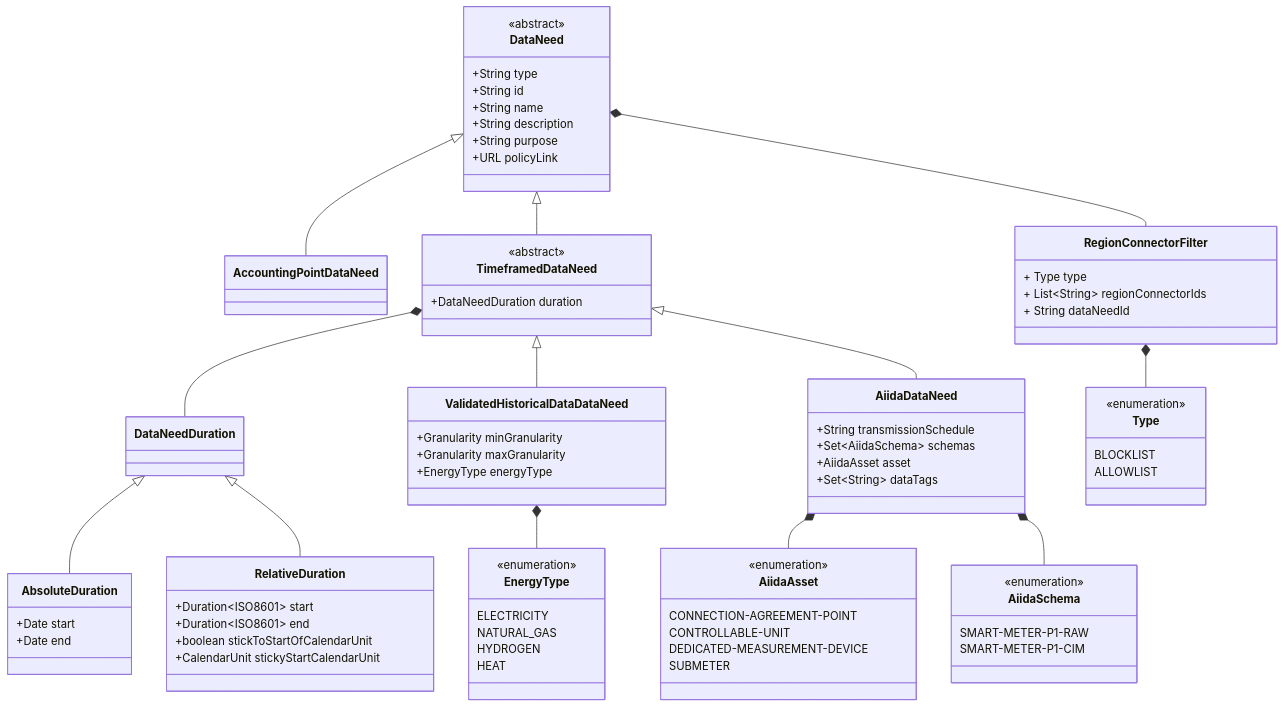
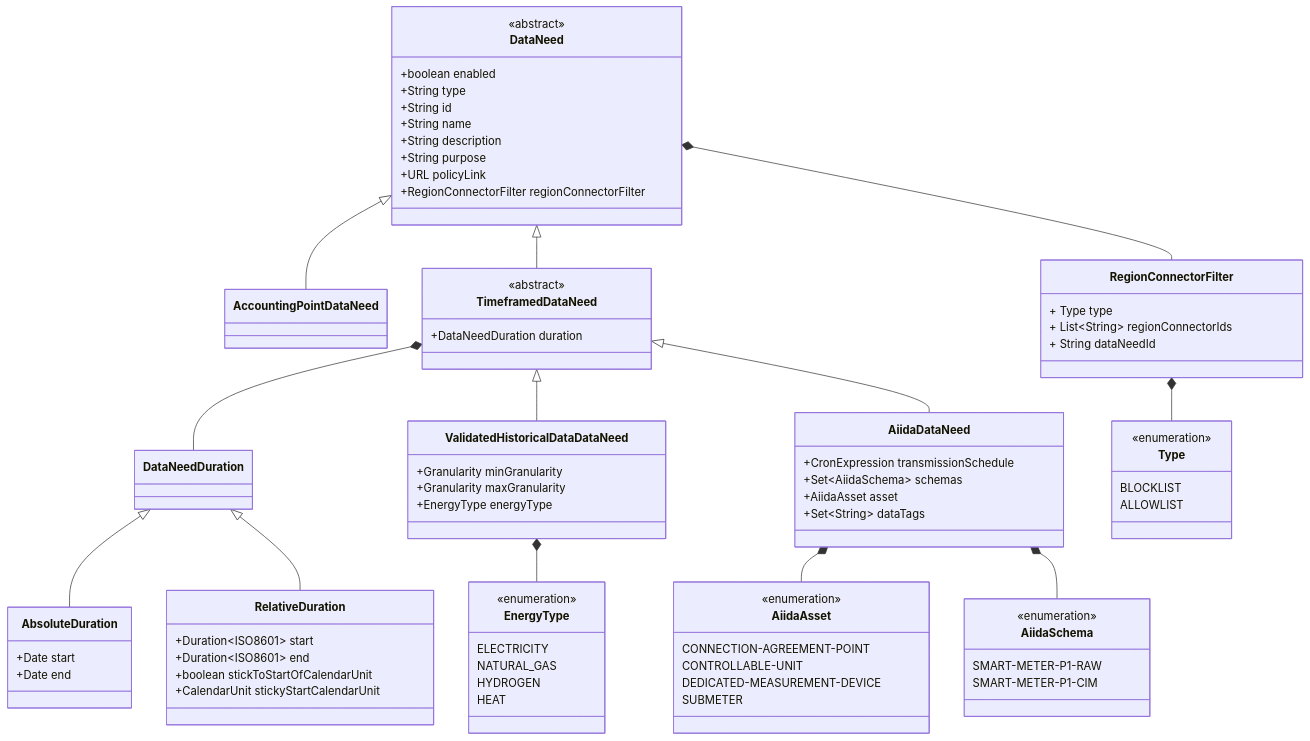
Before and after one commit to eddie-energy/eddie: the diagram in data-needs/data-needs.mermaid, drawn with Mermaid. The commit also changed 5 other files, not shown here.

```diff
--- a/data-needs/data-needs.mermaid
+++ b/data-needs/data-needs.mermaid
@@ -1,89 +1,91 @@
 classDiagram
     class DataNeed {
         <<abstract>>
+        +boolean enabled
         +String type
         +String id
         +String name
         +String description
         +String purpose
         +URL policyLink
+        +RegionConnectorFilter regionConnectorFilter
     }
 
     class AccountingPointDataNeed
 
     class TimeframedDataNeed {
         <<abstract>>
         +DataNeedDuration duration
     }
 
     class ValidatedHistoricalDataDataNeed {
         +Granularity minGranularity
         +Granularity maxGranularity
         +EnergyType energyType
     }
 
     class AiidaDataNeed {
-        +String transmissionSchedule
+        +CronExpression transmissionSchedule
         +Set~AiidaSchema~ schemas
         +AiidaAsset asset
         +Set~String~ dataTags
     }
 
     class EnergyType {
         <<enumeration>>
         ELECTRICITY
         NATURAL_GAS
         HYDROGEN
         HEAT
     }
 
     class AiidaSchema {
         <<enumeration>>
         SMART-METER-P1-RAW
         SMART-METER-P1-CIM
     }
 
     class AiidaAsset {
         <<enumeration>>
         CONNECTION-AGREEMENT-POINT
         CONTROLLABLE-UNIT
         DEDICATED-MEASUREMENT-DEVICE
         SUBMETER
     }
 
     class DataNeedDuration
 
     class RelativeDuration {
         +Duration~ISO8601~ start
         +Duration~ISO8601~ end
         +boolean stickToStartOfCalendarUnit
         +CalendarUnit stickyStartCalendarUnit
     }
 
     class AbsoluteDuration {
         +Date start
         +Date end
     }
     class RegionConnectorFilter {
         + Type type
         + List~String~ regionConnectorIds
         + String dataNeedId
     }
     class Type {
         <<enumeration>>
         BLOCKLIST
         ALLOWLIST
     }
 
     DataNeed <|-- AccountingPointDataNeed
     DataNeed <|-- TimeframedDataNeed
     TimeframedDataNeed *-- DataNeedDuration
     TimeframedDataNeed <|-- ValidatedHistoricalDataDataNeed
     ValidatedHistoricalDataDataNeed *-- EnergyType
     DataNeedDuration <|-- AbsoluteDuration
     DataNeedDuration <|-- RelativeDuration
     AiidaDataNeed *-- AiidaAsset
     AiidaDataNeed *-- AiidaSchema
     TimeframedDataNeed <|-- AiidaDataNeed
     DataNeed *-- RegionConnectorFilter
     RegionConnectorFilter *-- Type
```
